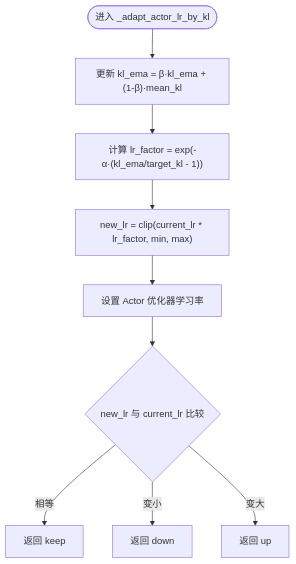
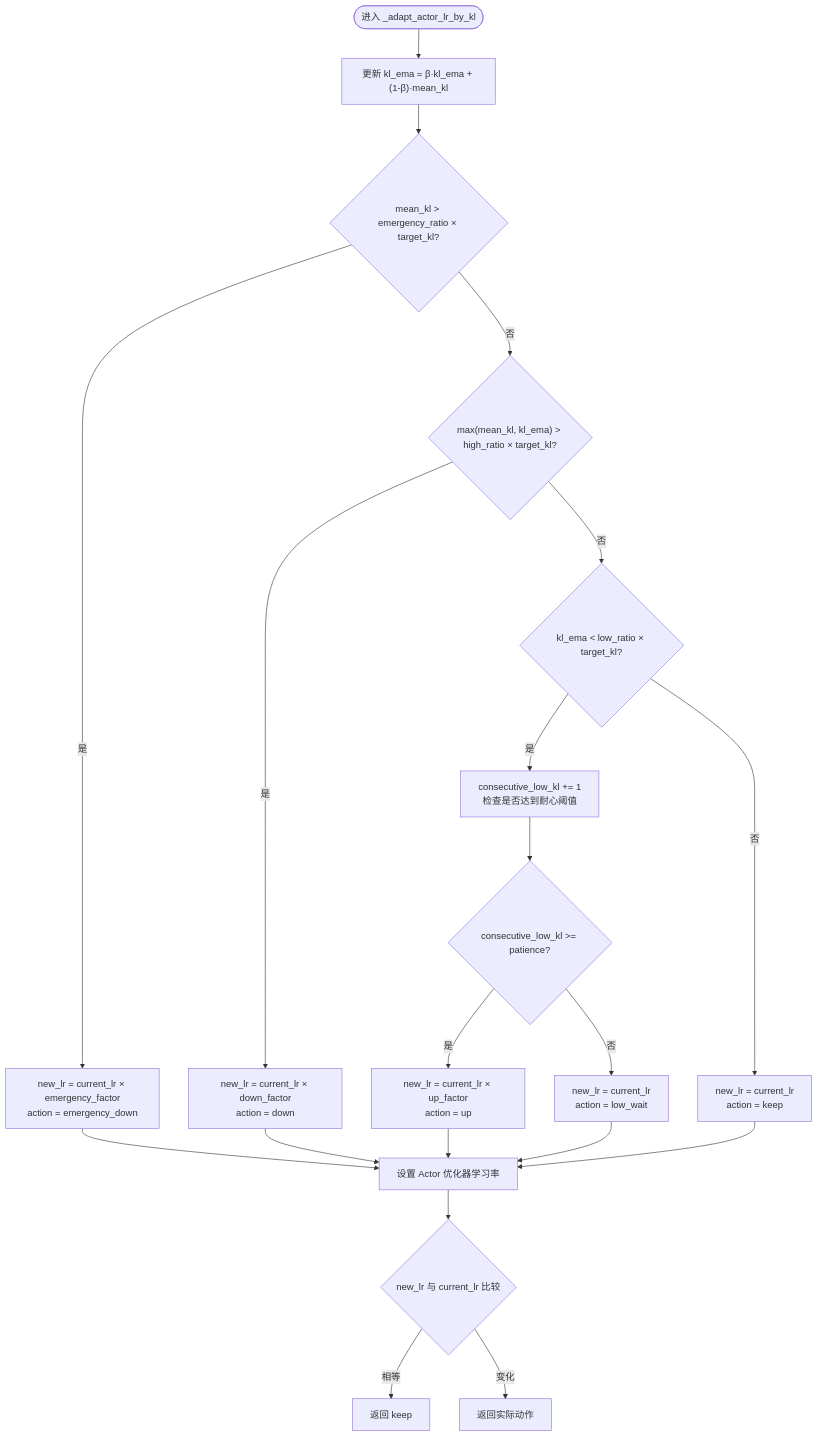
The third of 5 diagrams in .qoder/repowiki/zh/content/算法实现/自适应学习率机制.md (xixi10001/self_Adaptive), drawn with Mermaid before and after one commit. The commit also changed other lines of this file and 94 other files, not shown here.

````diff
--- a/.qoder/repowiki/zh/content/算法实现/自适应学习率机制.md
+++ b/.qoder/repowiki/zh/content/算法实现/自适应学习率机制.md
@@ -106,11 +127,22 @@
 ```mermaid
 flowchart TD
 Start(["进入 _adapt_actor_lr_by_kl"]) --> UpdateEMA["更新 kl_ema = β·kl_ema + (1-β)·mean_kl"]
-UpdateEMA --> ComputeFactor["计算 lr_factor = exp(-α·(kl_ema/target_kl - 1))"]
-ComputeFactor --> ClipLR["new_lr = clip(current_lr * lr_factor, min, max)"]
-ClipLR --> SetLR["设置 Actor 优化器学习率"]
+UpdateEMA --> EmergencyCheck{"mean_kl > emergency_ratio × target_kl?"}
+EmergencyCheck --> |是| EmergencyDown["new_lr = current_lr × emergency_factor<br/>action = emergency_down"]
+EmergencyCheck --> |否| HighCheck{"max(mean_kl, kl_ema) > high_ratio × target_kl?"}
+HighCheck --> |是| RegularDown["new_lr = current_lr × down_factor<br/>action = down"]
+HighCheck --> |否| LowCheck{"kl_ema < low_ratio × target_kl?"}
+LowCheck --> |是| PatienceCount["consecutive_low_kl += 1<br/>检查是否达到耐心阈值"]
+PatienceCount --> PatienceReached{"consecutive_low_kl >= patience?"}
+PatienceReached --> |是| UpAction["new_lr = current_lr × up_factor<br/>action = up"]
+PatienceReached --> |否| WaitAction["new_lr = current_lr<br/>action = low_wait"]
+LowCheck --> |否| KeepAction["new_lr = current_lr<br/>action = keep"]
+EmergencyDown --> SetLR["设置 Actor 优化器学习率"]
+RegularDown --> SetLR
+UpAction --> SetLR
+WaitAction --> SetLR
+KeepAction --> SetLR
 SetLR --> Decide{"new_lr 与 current_lr 比较"}
-Decide --> |相等| Keep["返回 keep"]
-Decide --> |变小| Down["返回 down"]
-Decide --> |变大| Up["返回 up"]
+Decide --> |相等| FinalKeep["返回 keep"]
+Decide --> |变化| ReturnAction["返回实际动作"]
 ```
````
